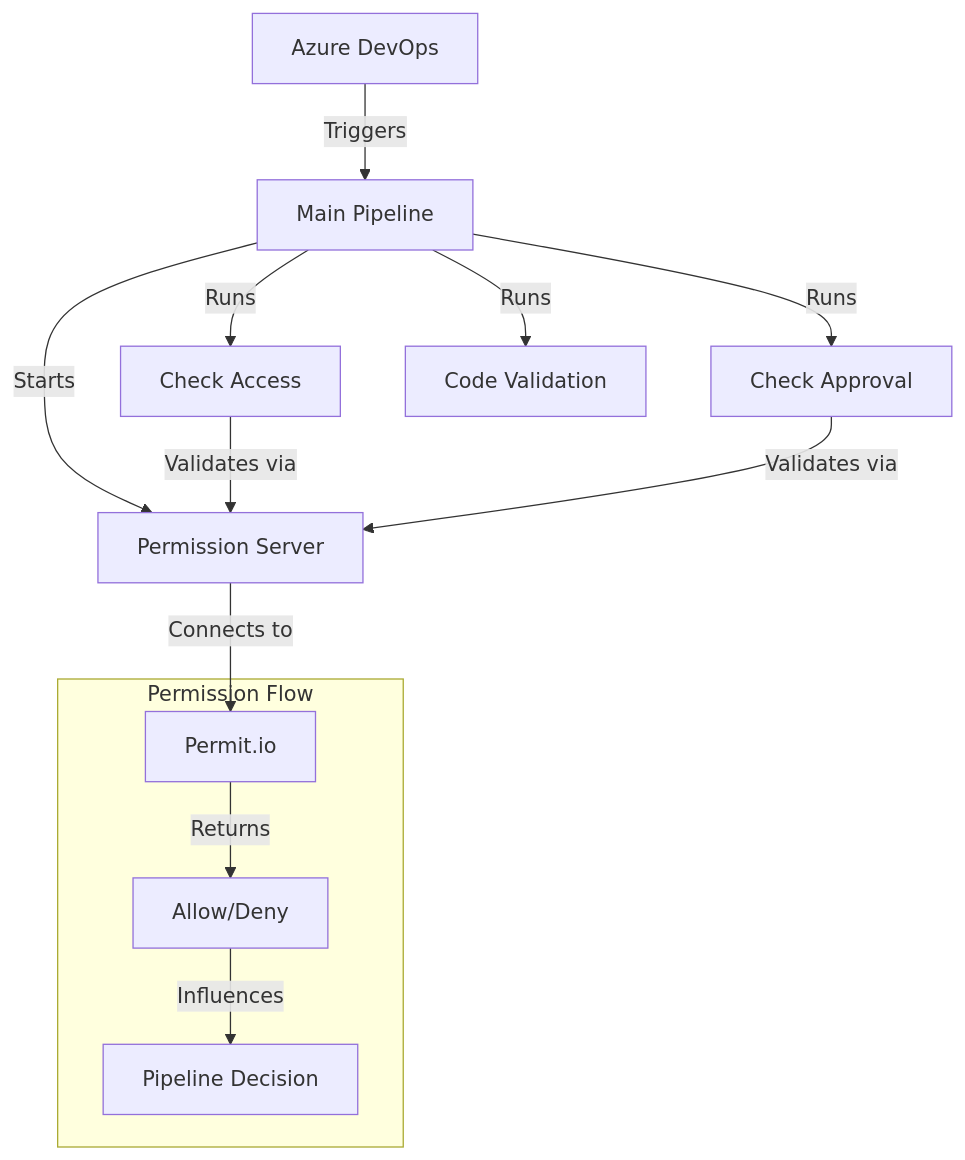
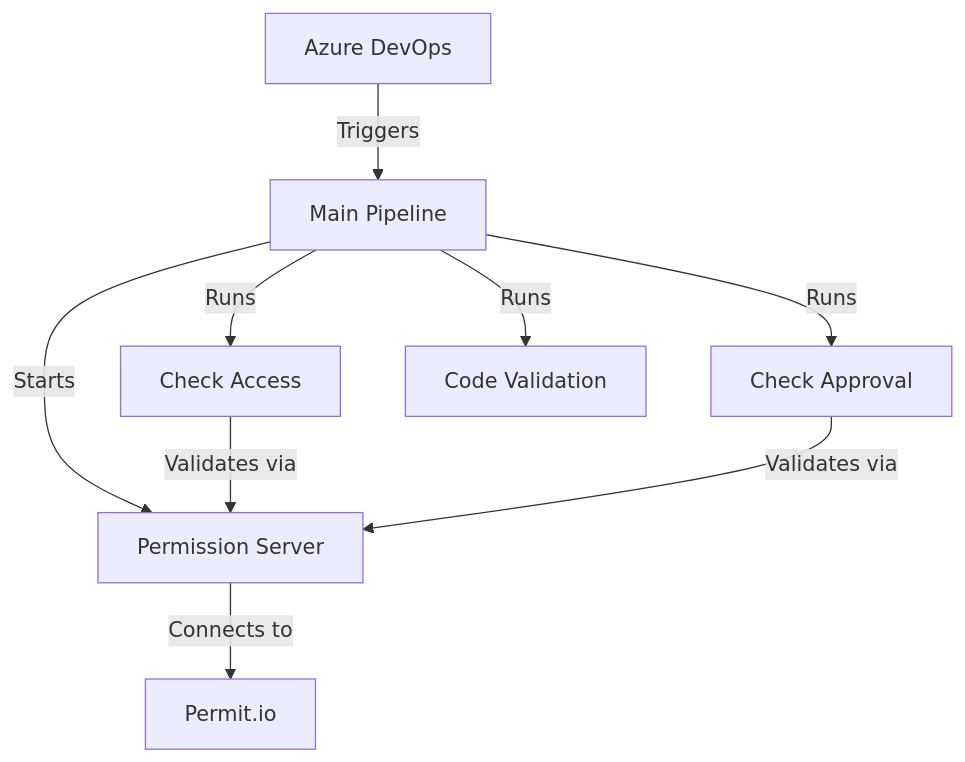
Before and after one commit to shivamkapasia0/PermiForce: the eighth of 12 diagrams in README.md, drawn with Mermaid. The commit also changed other lines of this file, not shown here.

````diff
--- a/README.md
+++ b/README.md
@@ -443,29 +345,11 @@
 ```mermaid
-
 graph TD
-
 A[Azure DevOps] -->|Triggers| B[Main Pipeline]
-
 B -->|Starts| C[Permission Server]
-
 B -->|Runs| D[Check Access]
-
 B -->|Runs| E[Check Approval]
-
 B -->|Runs| F[Code Validation]
-
 C -->|Connects to| G[Permit.io]
-
 D -->|Validates via| C
-
 E -->|Validates via| C
-
-subgraph "Permission Flow"
-
-G -->|Returns| H[Allow/Deny]
-
-H -->|Influences| I[Pipeline Decision]
-
-end
-
 ```
````
